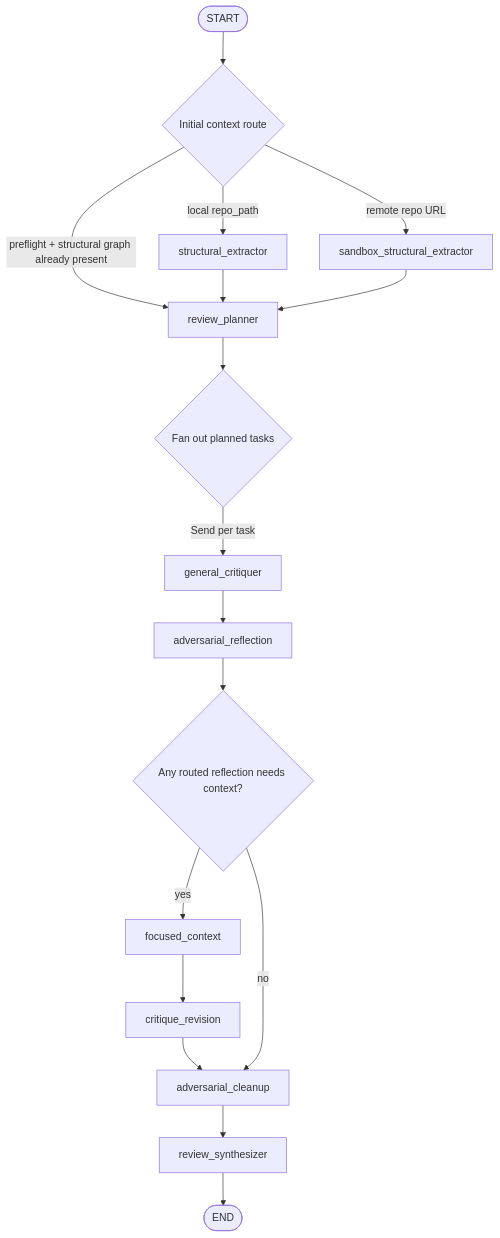
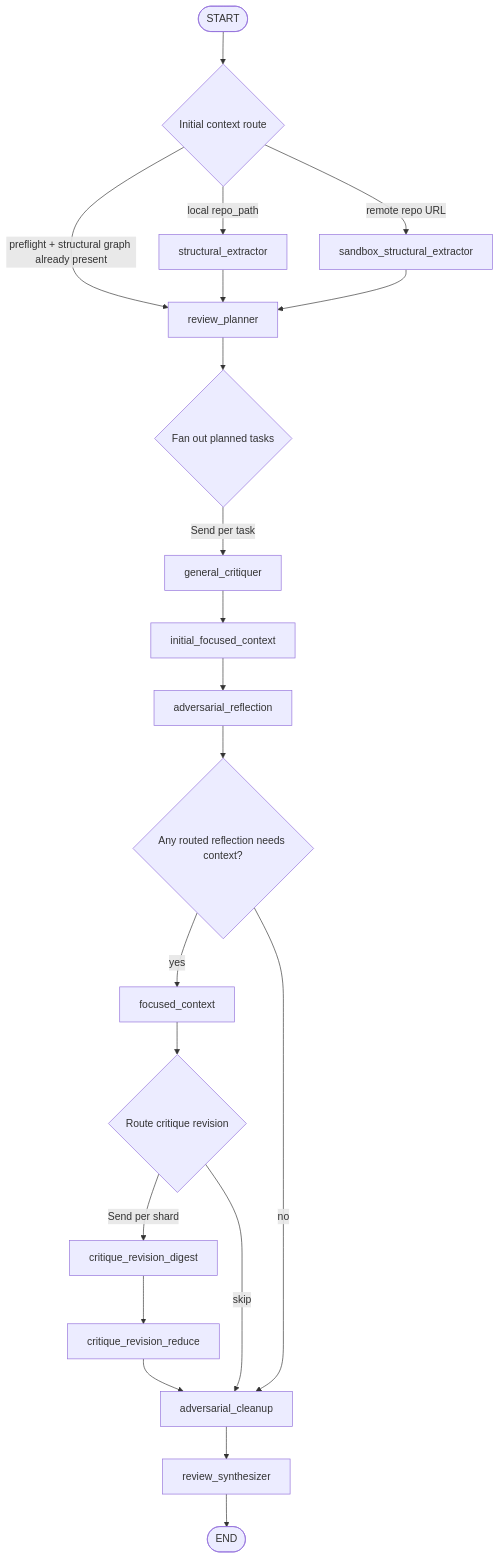
The diagram in orchestration.md (Inesculent/Bushwhack), drawn with Mermaid before and after one commit. The commit also changed other lines of this file and 10 other files, not shown here.

````diff
--- a/orchestration.md
+++ b/orchestration.md
@@ -9,23 +9,27 @@
 ```mermaid
 flowchart TD
     start([START]) --> routeInitial{Initial context route}
     routeInitial -->|local repo_path| structuralExtractor[structural_extractor]
     routeInitial -->|remote repo URL| sandboxStructuralExtractor[sandbox_structural_extractor]
     routeInitial -->|preflight + structural graph already present| reviewPlanner[review_planner]
 
     structuralExtractor --> reviewPlanner
     sandboxStructuralExtractor --> reviewPlanner
 
     reviewPlanner --> routeCritiqueTasks{Fan out planned tasks}
     routeCritiqueTasks -->|Send per task| generalCritiquer[general_critiquer]
-    generalCritiquer --> adversarialReflection[adversarial_reflection]
+    generalCritiquer --> initialFocusedContext[initial_focused_context]
+    initialFocusedContext --> adversarialReflection[adversarial_reflection]
 
     adversarialReflection --> needsContext{Any routed reflection needs context?}
     needsContext -->|yes| focusedContext[focused_context]
-    focusedContext --> critiqueRevision[critique_revision]
-    critiqueRevision --> adversarialCleanup[adversarial_cleanup]
+    focusedContext --> routeCritiqueRevision{Route critique revision}
+    routeCritiqueRevision -->|Send per shard| critiqueRevisionDigest[critique_revision_digest]
+    critiqueRevisionDigest --> critiqueRevisionReduce[critique_revision_reduce]
+    critiqueRevisionReduce --> adversarialCleanup[adversarial_cleanup]
+    routeCritiqueRevision -->|skip| adversarialCleanup
     needsContext -->|no| adversarialCleanup
 
     adversarialCleanup --> reviewSynthesizer[review_synthesizer]
     reviewSynthesizer --> graphEnd([END])
 ```
````
